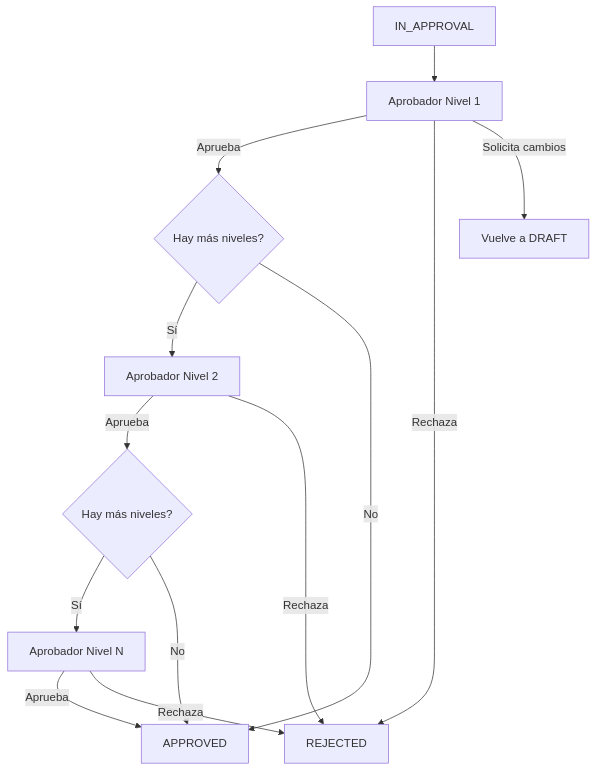
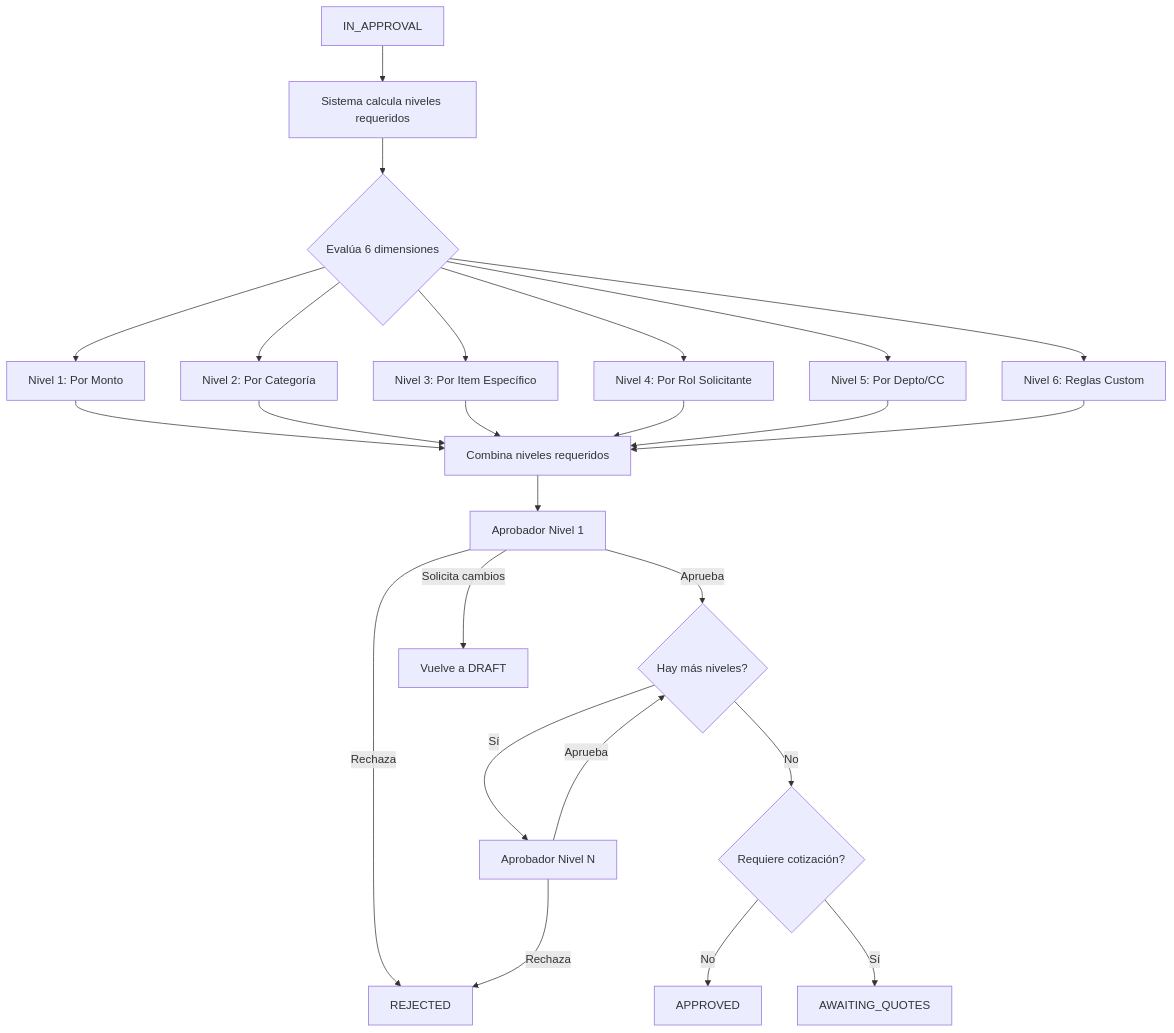
One commit to AxiomaCloud/Prohub changed the second of 8 diagrams in docs/PURCHASE_REQUESTS_MODULE.md. Above: the diagram before and after it, drawn with Mermaid. The commit also changed other lines of this file and 3 other files, not shown here.

````diff
--- a/docs/PURCHASE_REQUESTS_MODULE.md
+++ b/docs/PURCHASE_REQUESTS_MODULE.md
@@ -462,15 +641,22 @@
 ```mermaid
 graph TD
-    A[IN_APPROVAL] --> B[Aprobador Nivel 1]
-    B -->|Aprueba| C{Hay más niveles?}
-    B -->|Rechaza| D[REJECTED]
-    B -->|Solicita cambios| E[Vuelve a DRAFT]
-    C -->|Sí| F[Aprobador Nivel 2]
-    C -->|No| G[APPROVED]
-    F -->|Aprueba| H{Hay más niveles?}
-    F -->|Rechaza| D
-    H -->|Sí| I[Aprobador Nivel N]
-    H -->|No| G
-    I -->|Aprueba| G
-    I -->|Rechaza| D
+    A[IN_APPROVAL] --> B[Sistema calcula niveles requeridos]
+    B --> C{Evalúa 6 dimensiones}
+    C --> D[Nivel 1: Por Monto]
+    C --> E[Nivel 2: Por Categoría]
+    C --> F[Nivel 3: Por Item Específico]
+    C --> G[Nivel 4: Por Rol Solicitante]
+    C --> H[Nivel 5: Por Depto/CC]
+    C --> I[Nivel 6: Reglas Custom]
+    D & E & F & G & H & I --> J[Combina niveles requeridos]
+    J --> K[Aprobador Nivel 1]
+    K -->|Aprueba| L{Hay más niveles?}
+    K -->|Rechaza| M[REJECTED]
+    K -->|Solicita cambios| N[Vuelve a DRAFT]
+    L -->|Sí| O[Aprobador Nivel N]
+    L -->|No| P{Requiere cotización?}
+    P -->|No| Q[APPROVED]
+    P -->|Sí| R[AWAITING_QUOTES]
+    O -->|Aprueba| L
+    O -->|Rechaza| M
 ```
````
